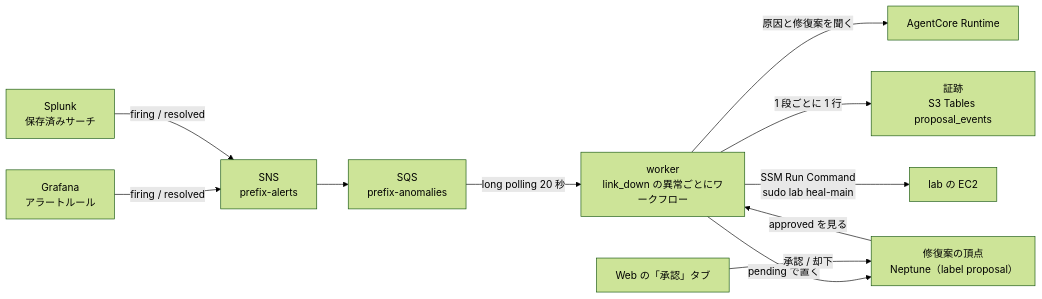
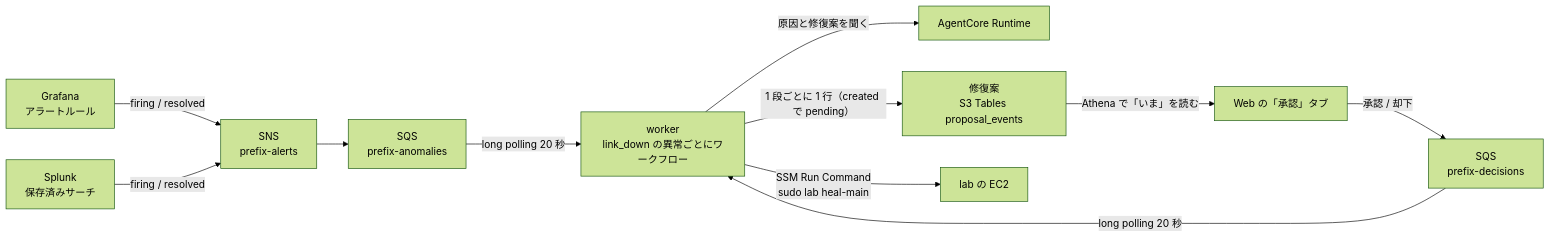
One commit to eddie-eights/nwc-poc changed the first of 2 diagrams in docs/workflow.md. Above: the diagram before and after it, drawn with Mermaid (forest theme). The commit also changed other lines of this file and 24 other files, not shown here.

````diff
--- a/docs/workflow.md
+++ b/docs/workflow.md
@@ -9,13 +9,13 @@
 ```mermaid
 flowchart LR
   GRAF["Grafana<br/>アラートルール"] -->|"firing / resolved"| SNS["SNS<br/>prefix-alerts"]
   SPL["Splunk<br/>保存済みサーチ"] -->|"firing / resolved"| SNS
   SNS --> SQS["SQS<br/>prefix-anomalies"]
   SQS -->|"long polling 20 秒"| WK["worker<br/>link_down の異常ごとにワークフロー"]
   WK -->|"原因と修復案を聞く"| RT["AgentCore Runtime"]
-  WK -->|"pending で置く"| PT["修復案の頂点<br/>Neptune（label proposal）"]
-  WEB["Web の「承認」タブ"] -->|"承認 / 却下"| PT
-  PT -->|"approved を見る"| WK
-  WK -->|"1 段ごとに 1 行"| PEV["証跡<br/>S3 Tables proposal_events"]
+  WK -->|"1 段ごとに 1 行（created で pending）"| PEV["修復案<br/>S3 Tables proposal_events"]
+  PEV -->|"Athena で「いま」を読む"| WEB["Web の「承認」タブ"]
+  WEB -->|"承認 / 却下"| DQ["SQS<br/>prefix-decisions"]
+  DQ -->|"long polling 20 秒"| WK
   WK -->|"SSM Run Command<br/>sudo lab heal-main"| LAB["lab の EC2"]
 ```
````
